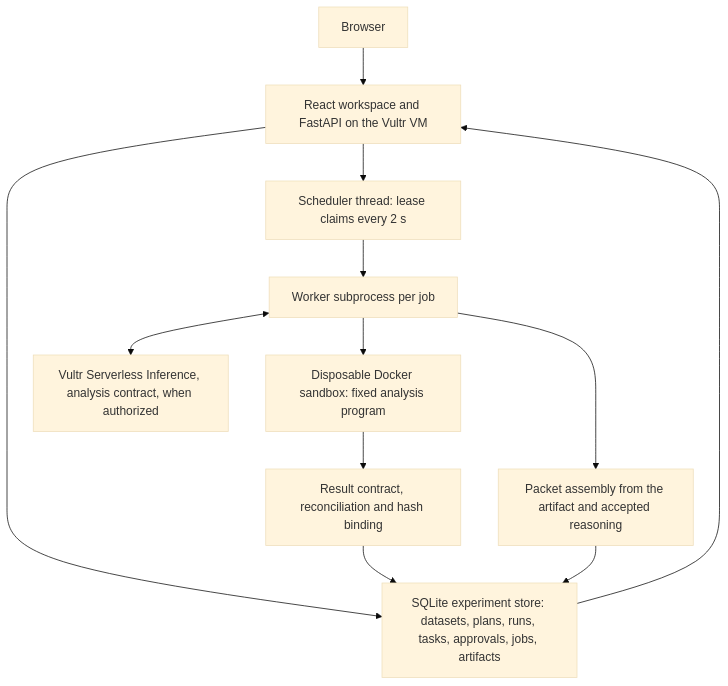
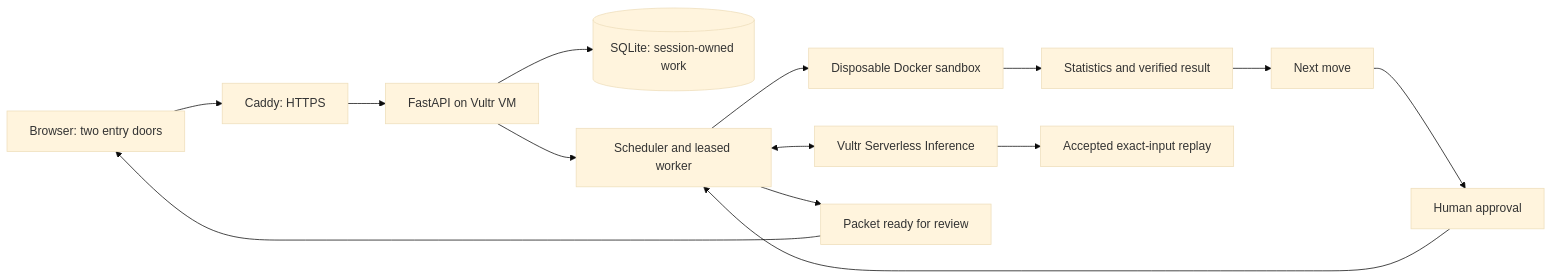
One commit to Jsjk112344/proofdesk changed the diagram in README.md. Above: the diagram before and after it, drawn with Mermaid (base theme). The commit also changed other lines of this file and 33 other files, not shown here.

````diff
--- a/README.md
+++ b/README.md
@@ -234,14 +26,16 @@
 ```mermaid
-flowchart TB
-  User[Browser] --> App[React workspace and FastAPI on the Vultr VM]
-  App --> Store[SQLite experiment store: datasets, plans, runs, tasks, approvals, jobs, artifacts]
-  App --> Scheduler[Scheduler thread: lease claims every 2 s]
-  Scheduler --> Worker[Worker subprocess per job]
-  Worker --> Sandbox[Disposable Docker sandbox: fixed analysis program]
-  Sandbox --> Validation[Result contract, reconciliation and hash binding]
-  Worker <--> Inference[Vultr Serverless Inference, analysis contract, when authorized]
-  Worker --> Packet[Packet assembly from the artifact and accepted reasoning]
-  Validation --> Store
-  Packet --> Store
-  Store --> App
+flowchart LR
+  Browser[Browser: two entry doors] --> Caddy[Caddy: HTTPS]
+  Caddy --> API[FastAPI on Vultr VM]
+  API --> Store[(SQLite: session-owned work)]
+  API --> Scheduler[Scheduler and leased worker]
+  Scheduler --> Sandbox[Disposable Docker sandbox]
+  Sandbox --> Metrics[Statistics and verified result]
+  Scheduler <--> Inference[Vultr Serverless Inference]
+  Inference --> Replay[Accepted exact-input replay]
+  Metrics --> Move[Next move]
+  Move --> Approval[Human approval]
+  Approval --> Scheduler
+  Scheduler --> Packet[Packet ready for review]
+  Packet --> Browser
 ```
````
